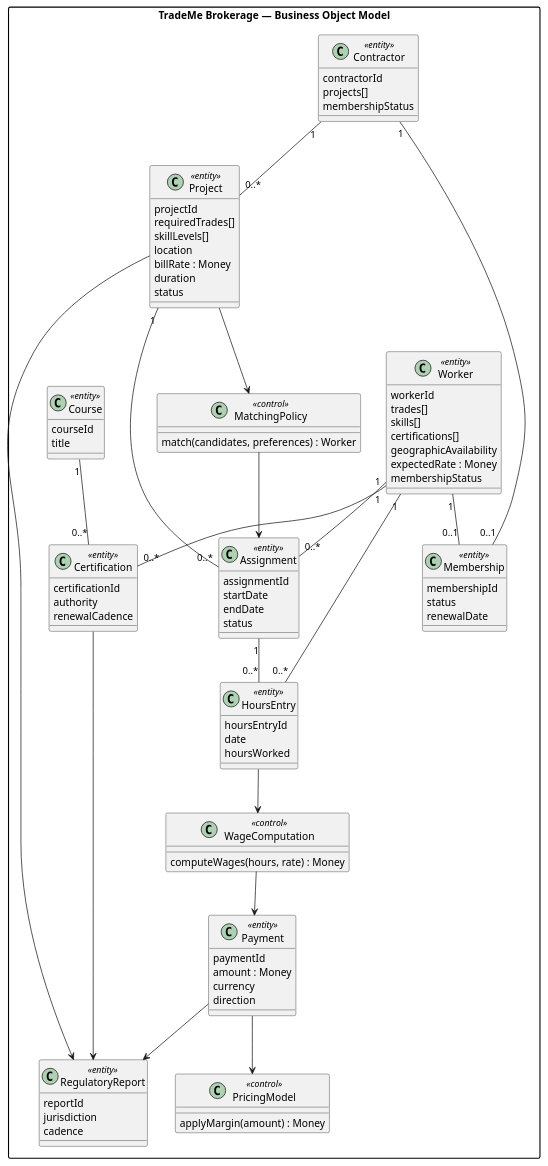
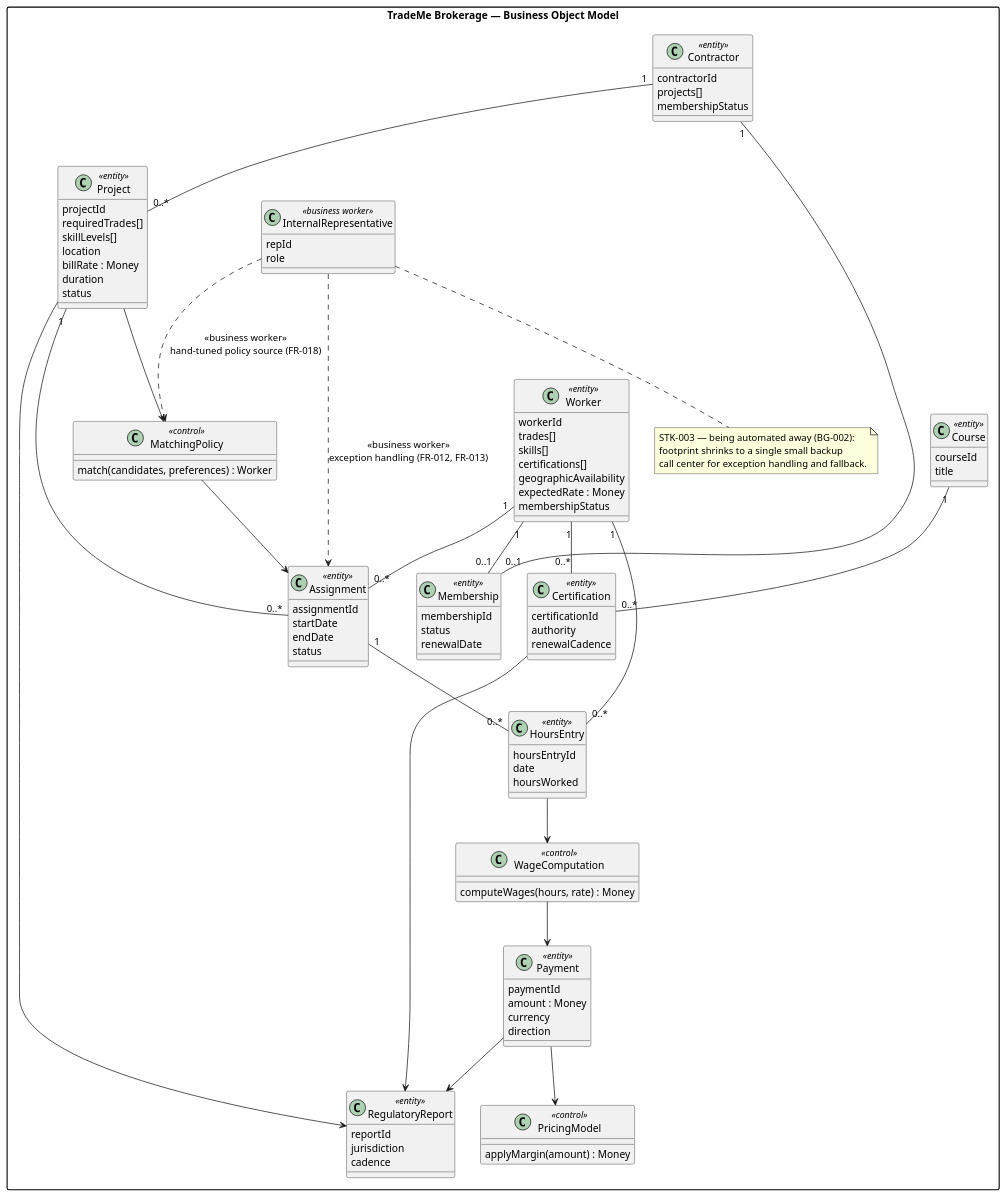
Before and after one commit to banense-test/trademe: diagram 33 of 33 in docs/artifacts/requirements/use-case-model.md, drawn with PlantUML. The commit also changed other lines of this file, not shown here.

Commit message:
System Analyst [E2]: upsert Use-Case Model
[skip ci]

````diff
--- a/docs/artifacts/requirements/use-case-model.md
+++ b/docs/artifacts/requirements/use-case-model.md
@@ -1110,6 +1110,11 @@
 skinparam packageStyle rectangle
 
 package "TradeMe Brokerage — Business Object Model" {
+
+  class InternalRepresentative <<business worker>> {
+    repId
+    role
+  }
 
   class Worker <<entity>> {
     workerId
@@ -1209,6 +1214,15 @@
   Project --> RegulatoryReport
   Payment --> RegulatoryReport
   Certification --> RegulatoryReport
+
+  InternalRepresentative ..> MatchingPolicy : <<business worker>>\nhand-tuned policy source (FR-018)
+  InternalRepresentative ..> Assignment : <<business worker>>\nexception handling (FR-012, FR-013)
+
+  note bottom of InternalRepresentative
+    STK-003 — being automated away (BG-002):
+    footprint shrinks to a single small backup
+    call center for exception handling and fallback.
+  end note
 }
 @enduml
 ```
````
